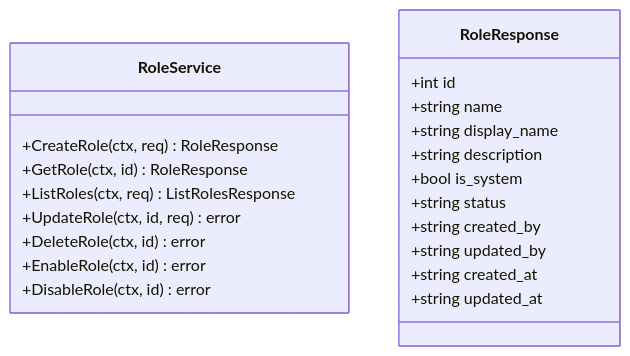
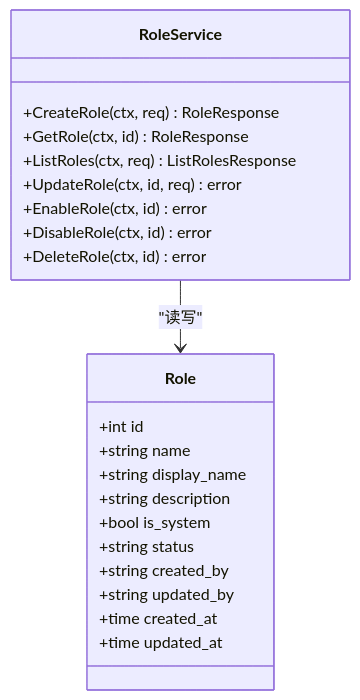
The fourth of 8 diagrams in .qoder/repowiki/zh/content/项目概述.md (wuwuseo/e-sports-go-admin), drawn with Mermaid before and after one commit. The commit also changed other lines of this file and 141 other files, not shown here.

````diff
--- a/.qoder/repowiki/zh/content/项目概述.md
+++ b/.qoder/repowiki/zh/content/项目概述.md
@@ -274,24 +227,25 @@
 ```mermaid
 classDiagram
-class RoleService {
-+CreateRole(ctx, req) RoleResponse
-+GetRole(ctx, id) RoleResponse
-+ListRoles(ctx, req) ListRolesResponse
-+UpdateRole(ctx, id, req) error
-+DeleteRole(ctx, id) error
-+EnableRole(ctx, id) error
-+DisableRole(ctx, id) error
-}
-class RoleResponse {
+class Role {
 +int id
 +string name
 +string display_name
 +string description
 +bool is_system
 +string status
 +string created_by
 +string updated_by
-+string created_at
-+string updated_at
++time created_at
++time updated_at
 }
+class RoleService {
++CreateRole(ctx, req) RoleResponse
++GetRole(ctx, id) RoleResponse
++ListRoles(ctx, req) ListRolesResponse
++UpdateRole(ctx, id, req) error
++EnableRole(ctx, id) error
++DisableRole(ctx, id) error
++DeleteRole(ctx, id) error
+}
+RoleService --> Role : "读写"
 ```
````
